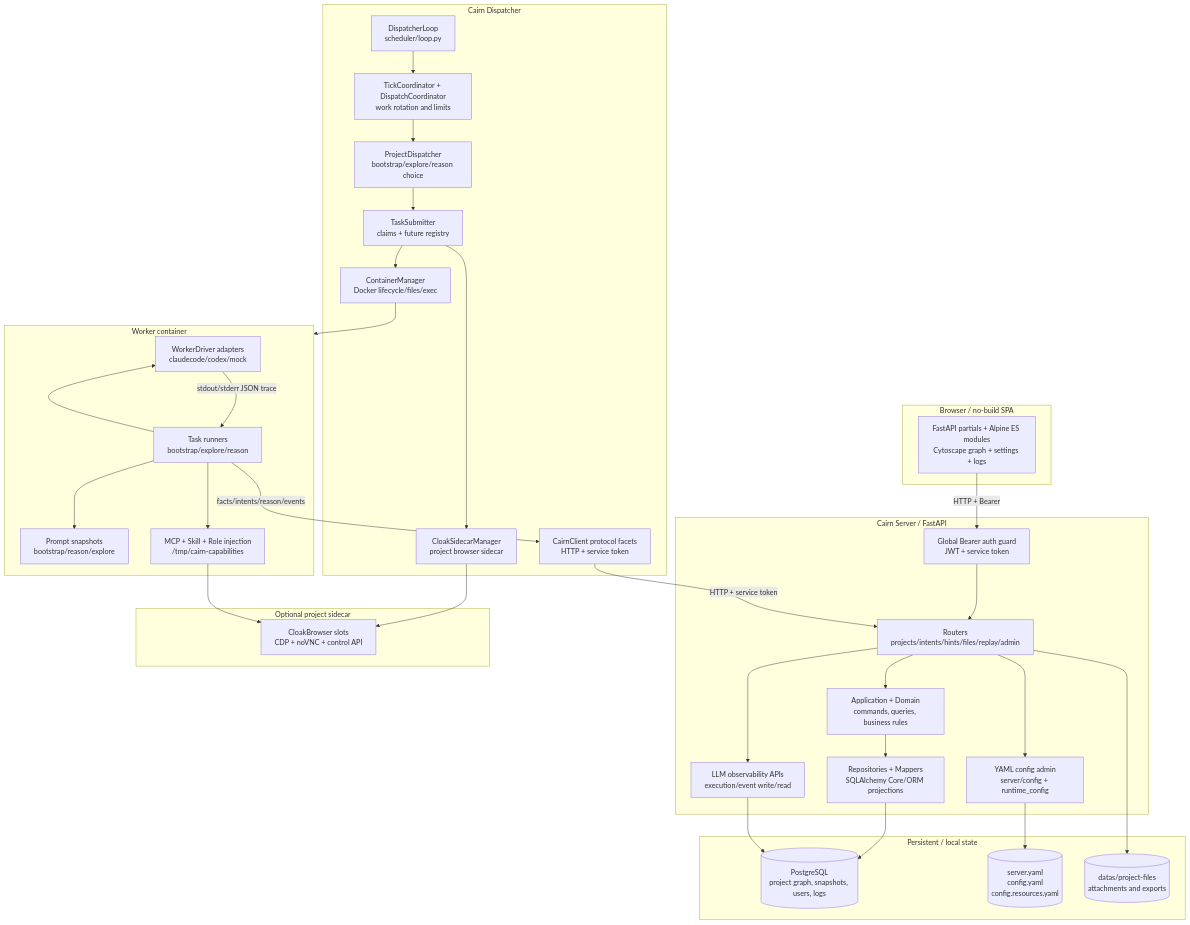
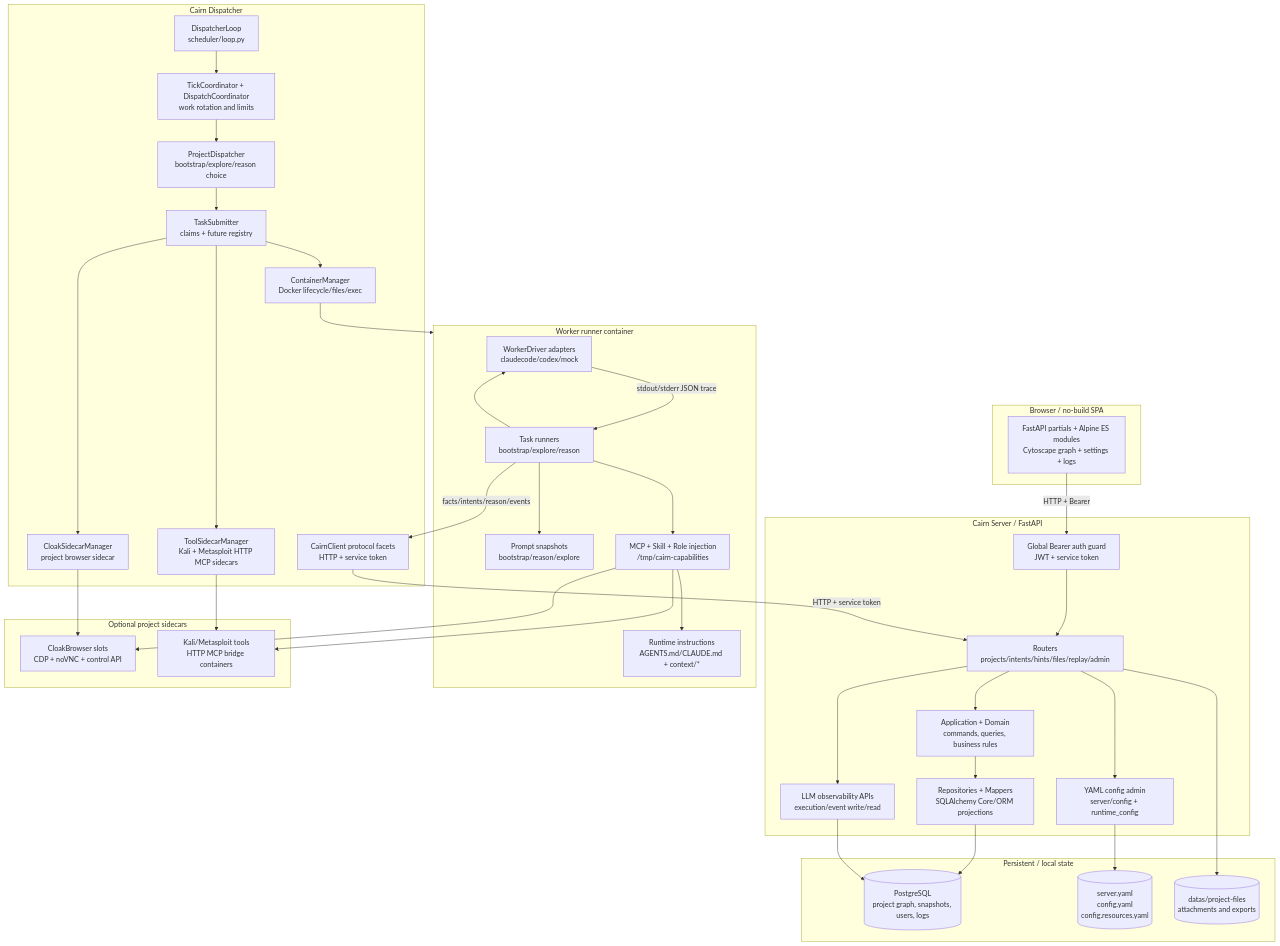
The first of 4 diagrams in AI/ARCHITECTURE.md (j7ur8/Cairn), drawn with Mermaid before and after one commit. The commit also changed other lines of this file and 15 other files, not shown here.

````diff
--- a/AI/ARCHITECTURE.md
+++ b/AI/ARCHITECTURE.md
@@ -19,68 +19,75 @@
 ```mermaid
 flowchart TB
     subgraph Browser["Browser / no-build SPA"]
         SPA["FastAPI partials + Alpine ES modules\nCytoscape graph + settings + logs"]
     end
 
     subgraph Server["Cairn Server / FastAPI"]
         Auth["Global Bearer auth guard\nJWT + service token"]
         Routers["Routers\nprojects/intents/hints/files/replay/admin"]
         AppLayer["Application + Domain\ncommands, queries, business rules"]
         Repos["Repositories + Mappers\nSQLAlchemy Core/ORM projections"]
         ConfigAdmin["YAML config admin\nserver/config + runtime_config"]
         ObsServer["LLM observability APIs\nexecution/event write/read"]
     end
 
     subgraph Data["Persistent / local state"]
         PG[("PostgreSQL\nproject graph, snapshots, users, logs")]
         YAML[("server.yaml\nconfig.yaml\nconfig.resources.yaml")]
         Files[("datas/project-files\nattachments and exports")]
     end
 
     subgraph Dispatcher["Cairn Dispatcher"]
         Loop["DispatcherLoop\nscheduler/loop.py"]
         Tick["TickCoordinator + DispatchCoordinator\nwork rotation and limits"]
         ProjectDispatch["ProjectDispatcher\nbootstrap/explore/reason choice"]
         Submitter["TaskSubmitter\nclaims + future registry"]
         Runtime["ContainerManager\nDocker lifecycle/files/exec"]
         Cloak["CloakSidecarManager\nproject browser sidecar"]
+        Tools["ToolSidecarManager\nKali + Metasploit HTTP MCP sidecars"]
         Protocol["CairnClient protocol facets\nHTTP + service token"]
     end
 
-    subgraph Worker["Worker container"]
+    subgraph Worker["Worker runner container"]
         Drivers["WorkerDriver adapters\nclaudecode/codex/mock"]
         TaskCode["Task runners\nbootstrap/explore/reason"]
         Prompt["Prompt snapshots\nbootstrap/reason/explore"]
         Capabilities["MCP + Skill + Role injection\n/tmp/cairn-capabilities"]
+        Instructions["Runtime instructions\nAGENTS.md/CLAUDE.md + context/*"]
     end
 
-    subgraph Sidecar["Optional project sidecar"]
+    subgraph Sidecar["Optional project sidecars"]
         BrowserMCP["CloakBrowser slots\nCDP + noVNC + control API"]
+        ToolMCP["Kali/Metasploit tools\nHTTP MCP bridge containers"]
     end
 
     SPA -->|"HTTP + Bearer"| Auth
     Auth --> Routers
     Routers --> AppLayer
     AppLayer --> Repos
     Repos --> PG
     Routers --> ConfigAdmin
     ConfigAdmin --> YAML
     Routers --> ObsServer
     ObsServer --> PG
     Routers --> Files
 
     Loop --> Tick
     Tick --> ProjectDispatch
     ProjectDispatch --> Submitter
     Submitter --> Runtime
     Runtime --> Worker
     Submitter --> Cloak
+    Submitter --> Tools
     Cloak --> BrowserMCP
+    Tools --> ToolMCP
     Protocol -->|"HTTP + service token"| Routers
     TaskCode --> Drivers
     TaskCode --> Prompt
     TaskCode --> Capabilities
+    Capabilities --> Instructions
     Capabilities --> BrowserMCP
+    Capabilities --> ToolMCP
     Drivers -->|"stdout/stderr JSON trace"| TaskCode
     TaskCode -->|"facts/intents/reason/events"| Protocol
 ```
````
